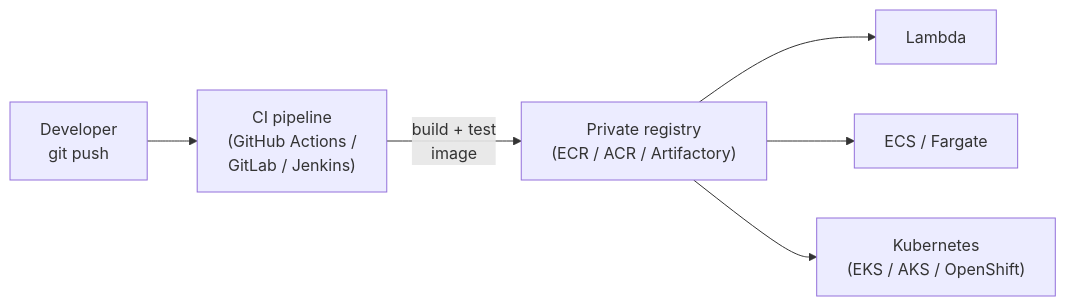
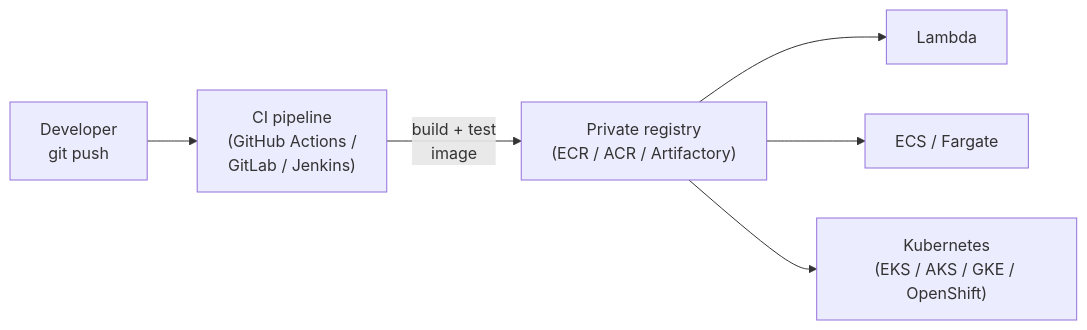
The fourth of 9 diagrams in PRESENTATION.md (czabriskie/docker-demo), drawn with Mermaid before and after one commit. The commit also changed other lines of this file, not shown here.

Commit message:
Presentation: add GKE and explain the Kubernetes flavors

````diff
--- a/PRESENTATION.md
+++ b/PRESENTATION.md
@@ -71,8 +71,8 @@
 ```mermaid
 flowchart LR
     Dev["Developer<br/>git push"] --> CI["CI pipeline<br/>(GitHub Actions /<br/>GitLab / Jenkins)"]
     CI -- "build + test<br/>image" --> Reg["Private registry<br/>(ECR / ACR / Artifactory)"]
     Reg --> T1["Lambda"]
     Reg --> T2["ECS / Fargate"]
-    Reg --> T3["Kubernetes<br/>(EKS / AKS / OpenShift)"]
+    Reg --> T3["Kubernetes<br/>(EKS / AKS / GKE / OpenShift)"]
 ```
````
